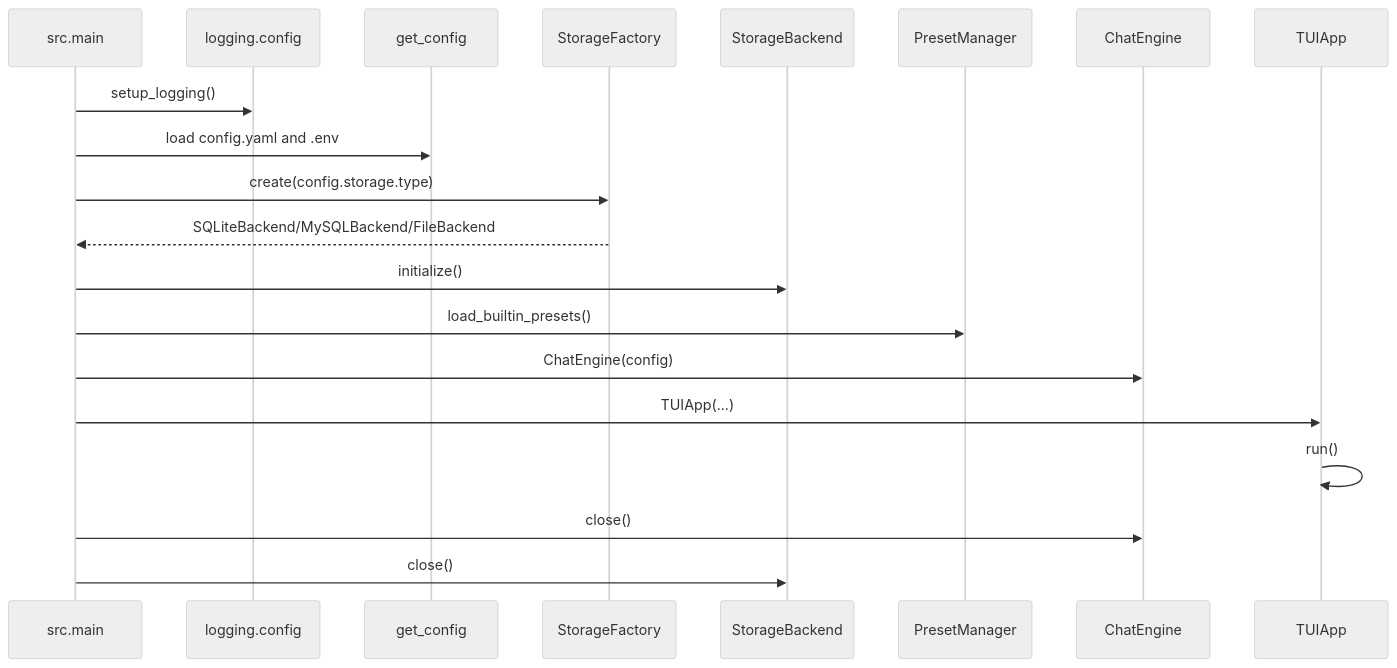
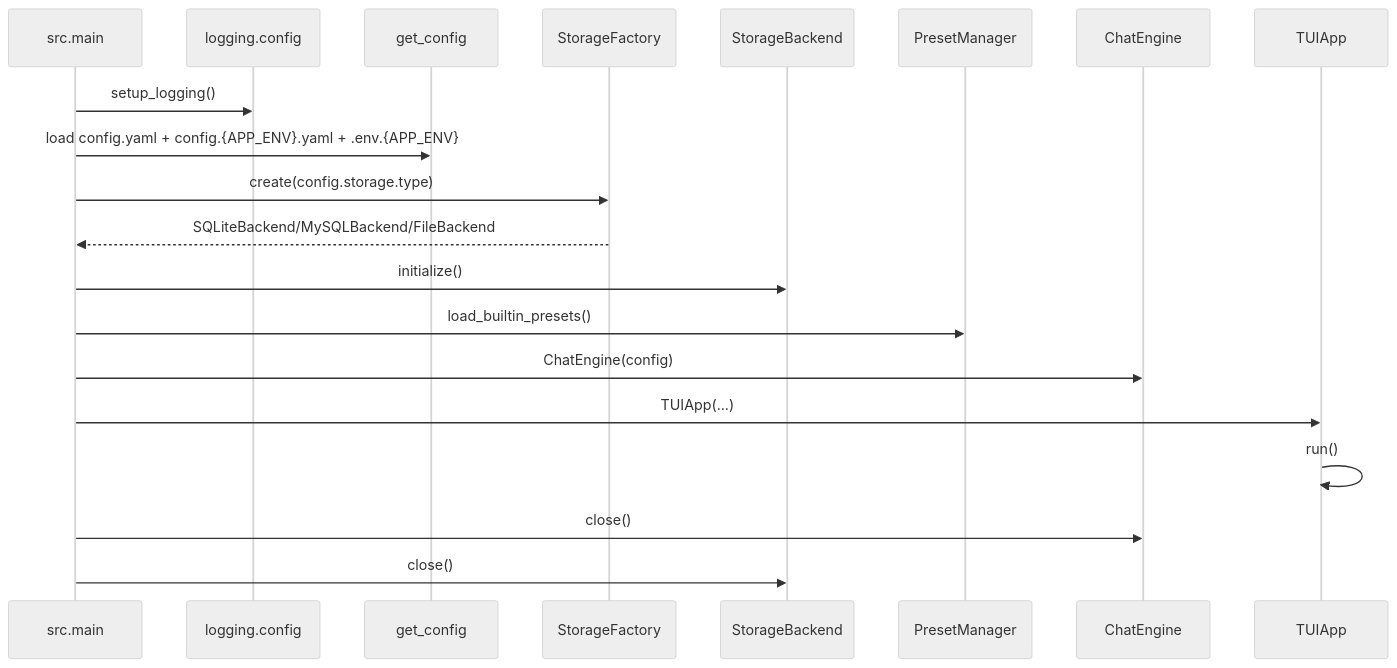
One commit to sgreenletto/langchain-chat changed the third of 6 diagrams in docs/architecture.md. Above: the diagram before and after it, drawn with Mermaid (neutral theme). The commit also changed other lines of this file and 15 other files, not shown here.

````diff
--- a/docs/architecture.md
+++ b/docs/architecture.md
@@ -58,23 +107,23 @@
 ```mermaid
 sequenceDiagram
     participant Main as src.main
     participant Logging as logging.config
     participant Config as get_config
     participant Factory as StorageFactory
     participant Storage as StorageBackend
     participant Presets as PresetManager
     participant Engine as ChatEngine
     participant UI as TUIApp
 
     Main->>Logging: setup_logging()
-    Main->>Config: load config.yaml and .env
+    Main->>Config: load config.yaml + config.{APP_ENV}.yaml + .env.{APP_ENV}
     Main->>Factory: create(config.storage.type)
     Factory-->>Main: SQLiteBackend/MySQLBackend/FileBackend
     Main->>Storage: initialize()
     Main->>Presets: load_builtin_presets()
     Main->>Engine: ChatEngine(config)
     Main->>UI: TUIApp(...)
     UI->>UI: run()
     Main->>Engine: close()
     Main->>Storage: close()
 ```
````
